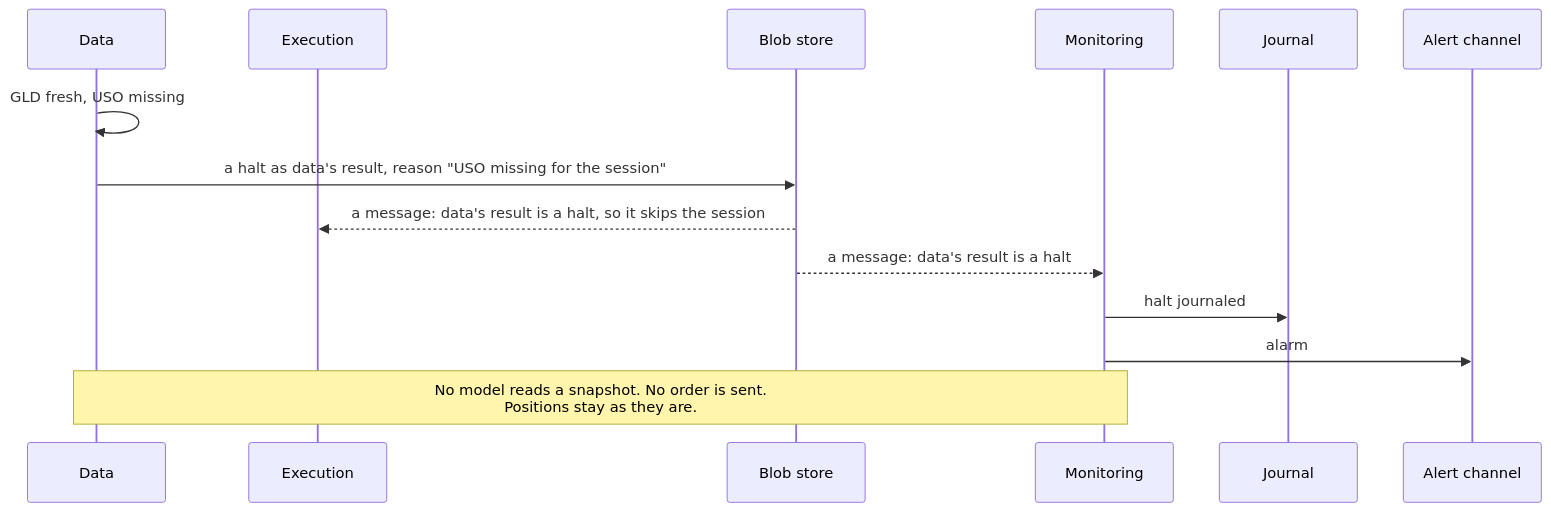
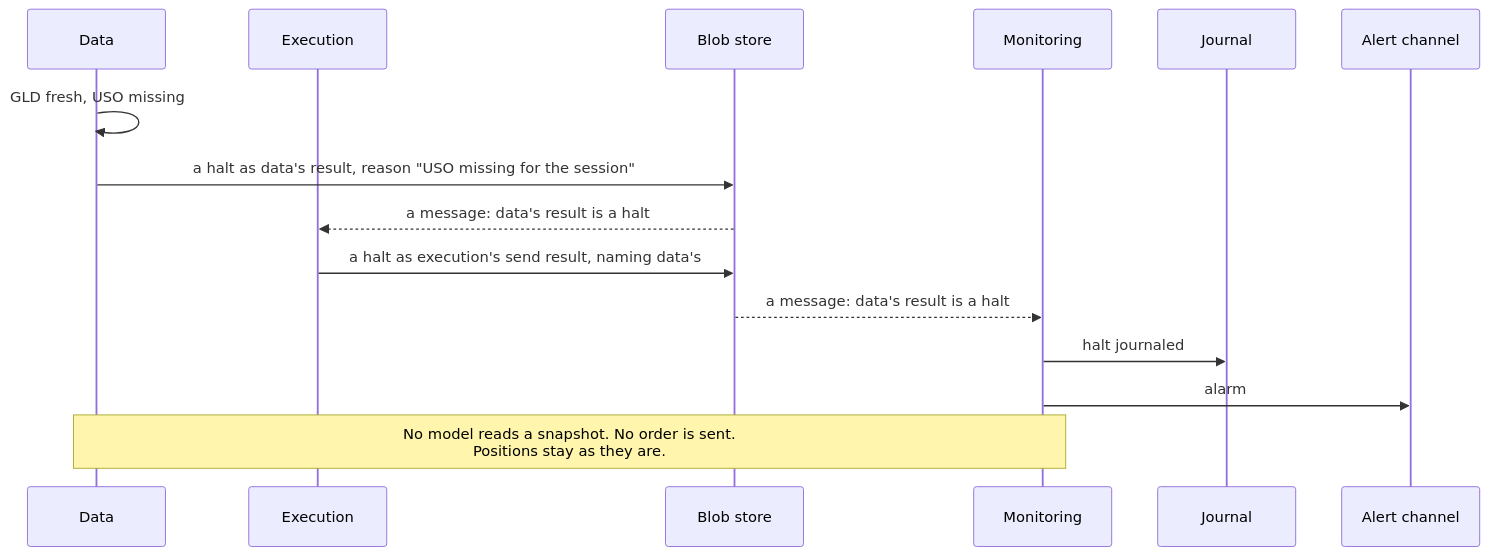
Before and after one commit to l3a0/ithildin-runtime: the fifth of 16 diagrams in docs/architecture.md, drawn with Mermaid. The commit also changed other lines of this file and 2 other files, not shown here.

````diff
--- a/docs/architecture.md
+++ b/docs/architecture.md
@@ -601,17 +601,18 @@
 ```mermaid
 sequenceDiagram
     participant D as Data
     participant X as Execution
     participant F as Blob store
     participant M as Monitoring
     participant J as Journal
     participant L as Alert channel
 
     D->>D: GLD fresh, USO missing
     D->>F: a halt as data's result, reason "USO missing for the session"
-    F-->>X: a message: data's result is a halt, so it skips the session
+    F-->>X: a message: data's result is a halt
+    X->>F: a halt as execution's send result, naming data's
     F-->>M: a message: data's result is a halt
     M->>J: halt journaled
     M->>L: alarm
     Note over D,M: No model reads a snapshot. No order is sent.<br/>Positions stay as they are.
 ```
````
